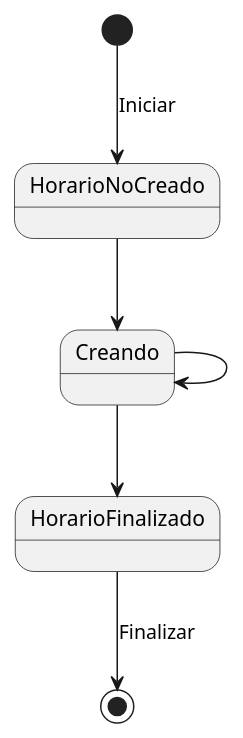
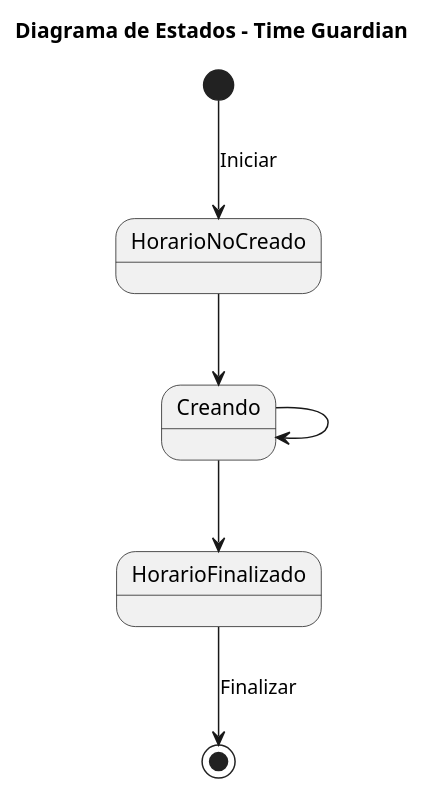
One commit to mmasias/23-24-IdSw1-SDR changed the diagram in modelosUML/Diagrama de estados.puml. Above: the diagram before and after it, drawn with PlantUML. The commit also changed 2 other files, not shown here.

Commit message:
Agregando diagrama de contexto svg

```diff
--- a/modelosUML/Diagrama de estados.puml
+++ b/modelosUML/Diagrama de estados.puml
@@ -1,7 +1,9 @@
 @startuml
+title Diagrama de Estados - Time Guardian
+
 [*] --> HorarioNoCreado: Iniciar
 HorarioNoCreado--> Creando
 Creando -->Creando
 Creando --> HorarioFinalizado
 HorarioFinalizado--> [*]: Finalizar
 @enduml
```
